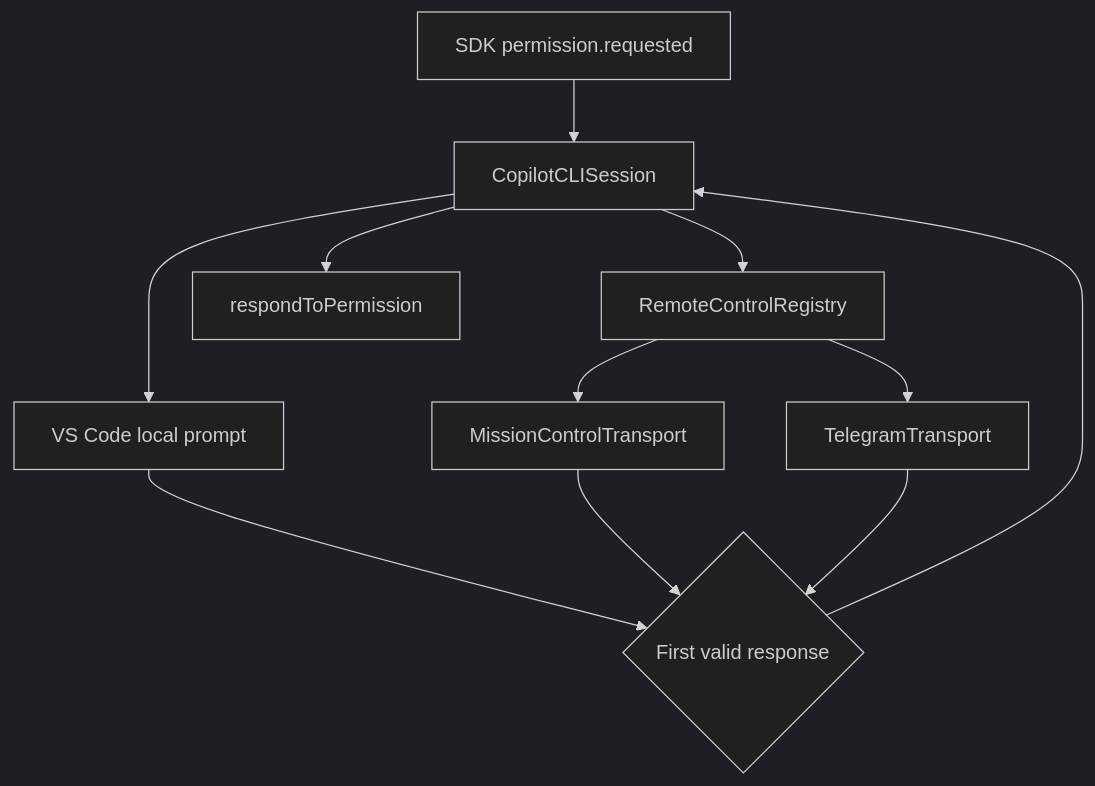
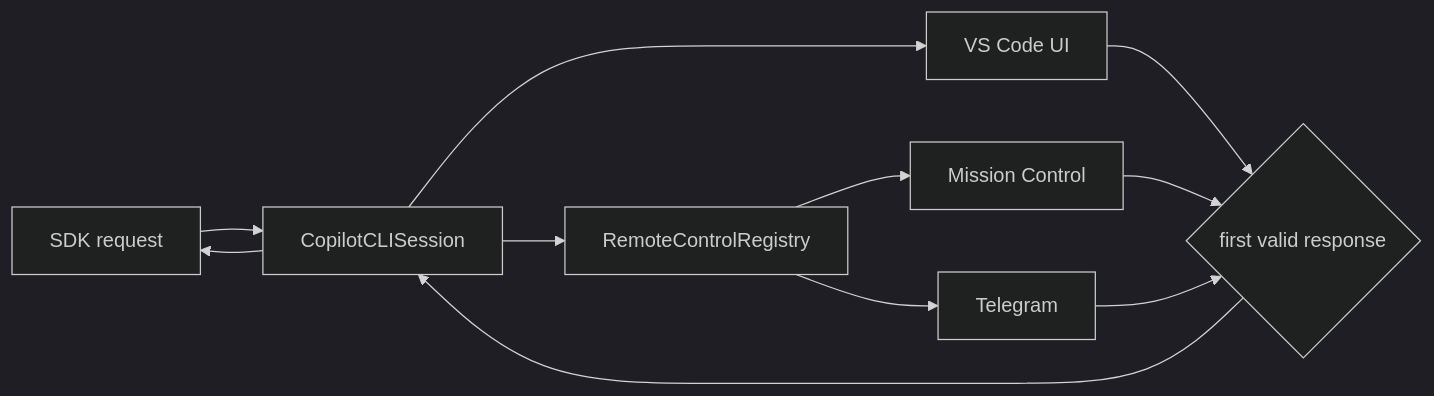
The third of 3 diagrams in extensions/copilot/docs/telegram-remote/ARCHITECTURE.md (SachiHarshitha/vscode-telegram), drawn with Mermaid (dark theme) before and after one commit. The commit also changed other lines of this file, not shown here.

Commit message:
docs(telegram-remote): rewrite architecture around current implementation

````diff
--- a/extensions/copilot/docs/telegram-remote/ARCHITECTURE.md
+++ b/extensions/copilot/docs/telegram-remote/ARCHITECTURE.md
@@ -377,13 +339,13 @@
 ```mermaid
-flowchart TB
-    PR[SDK permission.requested] --> S[CopilotCLISession]
-    S --> L[VS Code local prompt]
-    S --> REG[RemoteControlRegistry]
-    REG --> M[MissionControlTransport]
-    REG --> T[TelegramTransport]
-    L --> WIN{First valid response}
-    M --> WIN
-    T --> WIN
-    WIN --> S
-    S --> SDK[respondToPermission]
+flowchart LR
+    SDK[SDK request] --> SES[CopilotCLISession]
+    SES --> LOCAL[VS Code UI]
+    SES --> REG[RemoteControlRegistry]
+    REG --> MC[Mission Control]
+    REG --> TG[Telegram]
+    LOCAL --> WIN{first valid response}
+    MC --> WIN
+    TG --> WIN
+    WIN --> SES
+    SES --> SDK
 ```
````
